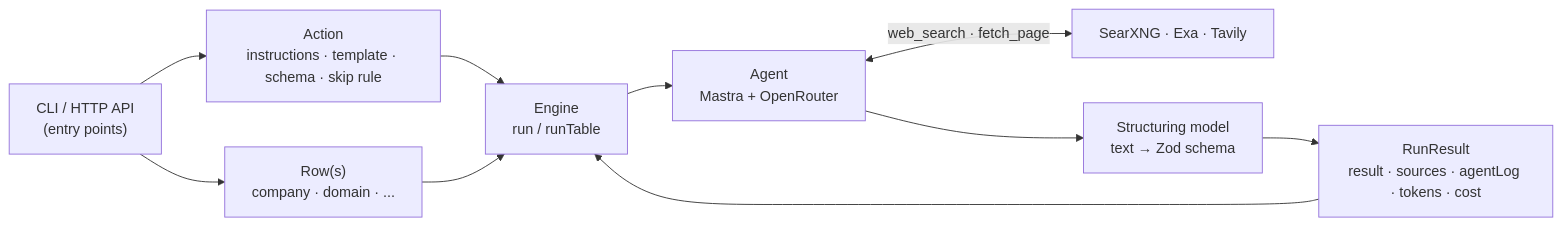
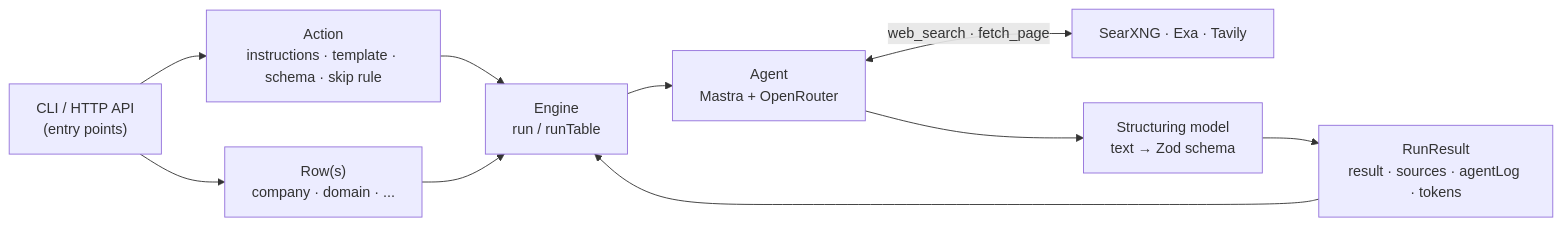
One commit to simonbalfe/openclaygent changed the first of 3 diagrams in docs/architecture.md. Above: the diagram before and after it, drawn with Mermaid. The commit also changed other lines of this file and 75 other files, not shown here.

````diff
--- a/docs/architecture.md
+++ b/docs/architecture.md
@@ -11,12 +11,12 @@
 ```mermaid
 flowchart LR
   CLI["CLI / HTTP API<br/>(entry points)"] --> ACT["Action<br/>instructions · template · schema · skip rule"]
   CLI --> ROWS["Row(s)<br/>company · domain · ..."]
   ACT --> ENG
   ROWS --> ENG
   ENG["Engine<br/>run / runTable"] --> AG["Agent<br/>Mastra + OpenRouter"]
   AG <-->|"web_search · fetch_page"| EXA["SearXNG · Exa · Tavily"]
   AG --> STR["Structuring model<br/>text → Zod schema"]
-  STR --> RR["RunResult<br/>result · sources · agentLog · tokens · cost"]
+  STR --> RR["RunResult<br/>result · sources · agentLog · tokens"]
   RR --> ENG
 ```
````
